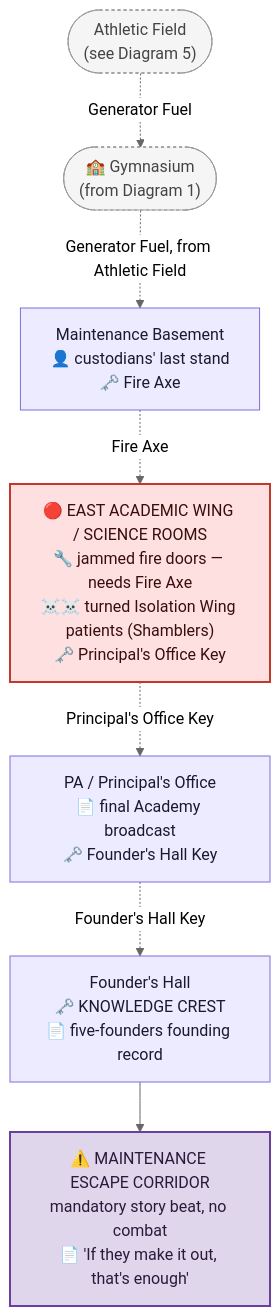
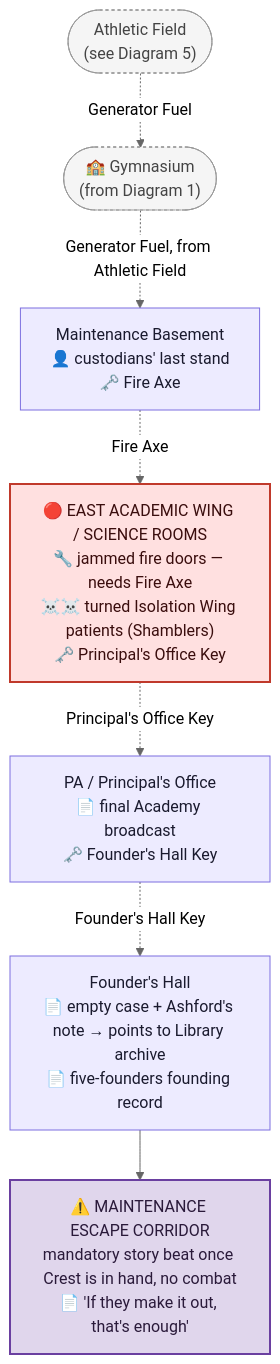
Before and after one commit to GIToez/Deadlock-Design: the fourth of 5 diagrams in DESIGN/Locations/Academy.md, drawn with Mermaid (neutral theme). The commit also changed other lines of this file and 8 other files, not shown here.

````diff
--- a/DESIGN/Locations/Academy.md
+++ b/DESIGN/Locations/Academy.md
@@ -476,24 +487,24 @@
 ```mermaid
 flowchart TD
     GYMREF3(["🏫 Gymnasium<br/>(from Diagram 1)"])
     FIELDREF(["Athletic Field<br/>(see Diagram 5)"])
     BASEMENT["Maintenance Basement<br/>👤 custodians' last stand<br/>🗝️ Fire Axe"]
     EASTWING["🔴 EAST ACADEMIC WING / SCIENCE ROOMS<br/>🔧 jammed fire doors — needs Fire Axe<br/>☠️☠️ turned Isolation Wing patients (Shamblers)<br/>🗝️ Principal's Office Key"]
     PAOFFICE["PA / Principal's Office<br/>📄 final Academy broadcast<br/>🗝️ Founder's Hall Key"]
-    HALL["Founder's Hall<br/>🗝️ KNOWLEDGE CREST<br/>📄 five-founders founding record"]
-    CORRIDOR["⚠️ MAINTENANCE ESCAPE CORRIDOR<br/>mandatory story beat, no combat<br/>📄 'If they make it out, that's enough'"]
+    HALL["Founder's Hall<br/>📄 empty case + Ashford's note → points to Library archive<br/>📄 five-founders founding record"]
+    CORRIDOR["⚠️ MAINTENANCE ESCAPE CORRIDOR<br/>mandatory story beat once Crest is in hand, no combat<br/>📄 'If they make it out, that's enough'"]
 
     FIELDREF -. Generator Fuel .-> GYMREF3
     GYMREF3 -. Generator Fuel, from Athletic Field .-> BASEMENT
     BASEMENT -. Fire Axe .-> EASTWING
     EASTWING -. Principal's Office Key .-> PAOFFICE -. Founder's Hall Key .-> HALL --> CORRIDOR
 
     classDef room fill:#EDEBFF,stroke:#7C6EE0,color:#1a1a2e
     classDef boss fill:#FFE0E0,stroke:#C0392B,color:#3a0d0d,stroke-width:2px
     classDef ref fill:#F5F5F5,stroke:#999999,color:#444444,stroke-dasharray:3 3
     classDef vanguard fill:#E0D6EC,stroke:#6A3FA0,color:#2a1a3a,stroke-width:2px
     class GYMREF3,FIELDREF ref
     class BASEMENT,PAOFFICE,HALL room
     class EASTWING boss
     class CORRIDOR vanguard
 ```
````
